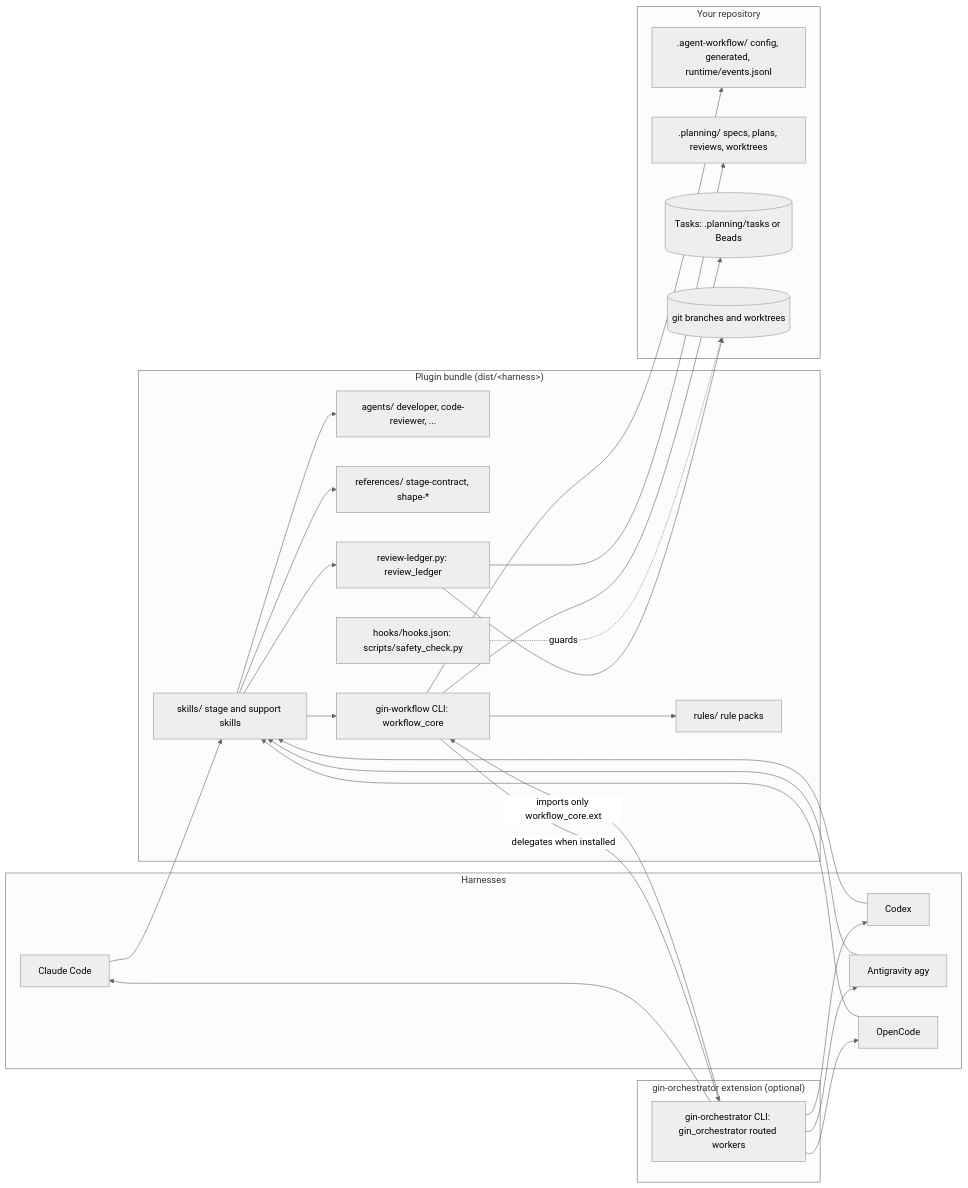
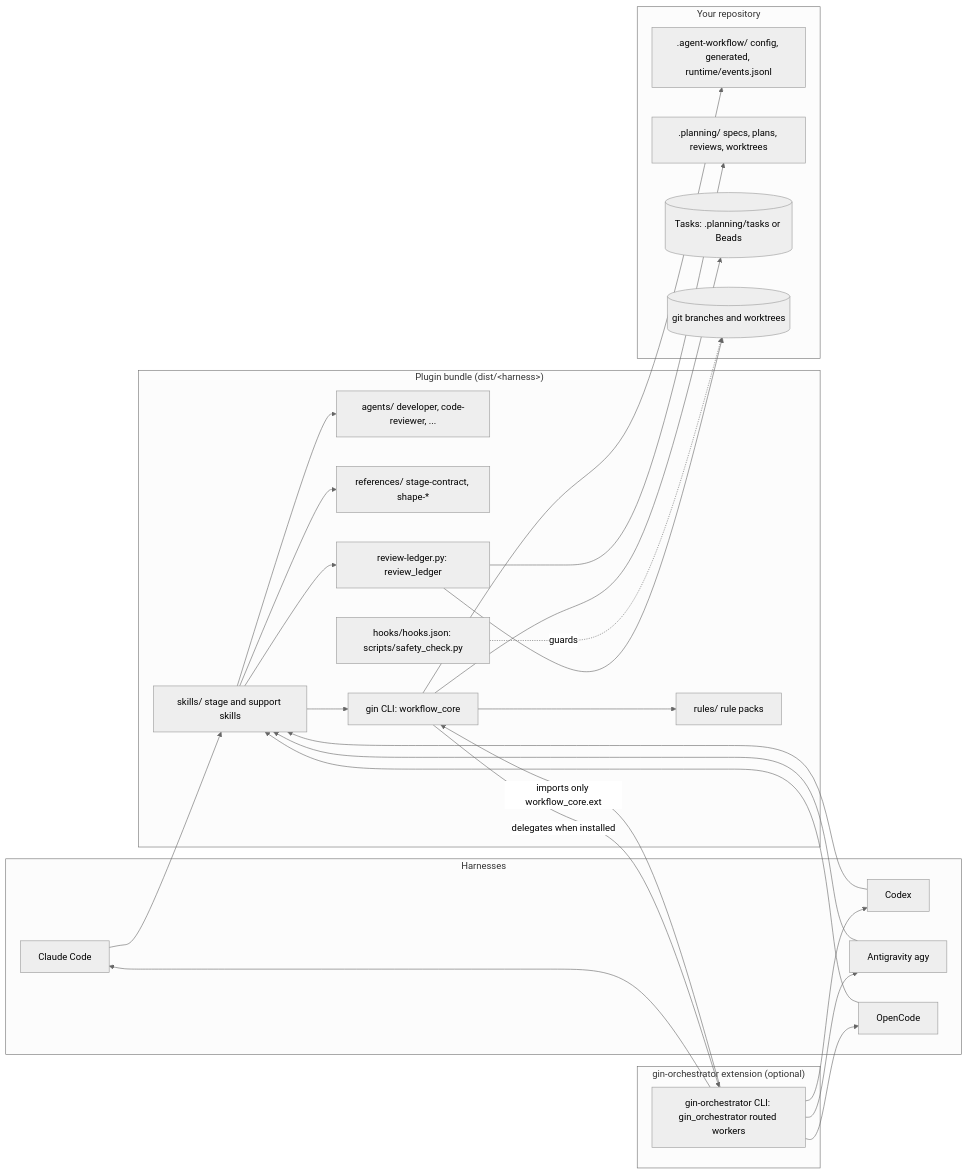
Before and after one commit to giangdhwhtbr/gin-workflow: the first of 6 diagrams in docs/concepts/architecture.md, drawn with Mermaid (neutral theme). The commit also changed other lines of this file and 42 other files, not shown here.

Commit message:
docs: gin CLI and gin: skill names everywhere, upgrade notes (gin-workflow-rename-gin)

````diff
--- a/docs/concepts/architecture.md
+++ b/docs/concepts/architecture.md
@@ -7,41 +7,41 @@
 ```mermaid
 flowchart LR
     subgraph Harnesses
         CC[Claude Code]
         CX[Codex]
         AG[Antigravity agy]
         OC[OpenCode]
     end
     subgraph Bundle["Plugin bundle (dist/&lt;harness&gt;)"]
         SK[skills/ stage and support skills]
         AGT[agents/ developer, code-reviewer, ...]
         REF[references/ stage-contract, shape-*]
         RUL[rules/ rule packs]
         HK[hooks/hooks.json: scripts/safety_check.py]
-        CLI[gin-workflow CLI: workflow_core]
+        CLI[gin CLI: workflow_core]
         RL[review-ledger.py: review_ledger]
     end
     subgraph EXT["gin-orchestrator extension (optional)"]
         ORC[gin-orchestrator CLI: gin_orchestrator routed workers]
     end
     subgraph Repo["Your repository"]
         CFG[.agent-workflow/ config, generated, runtime/events.jsonl]
         PLN[.planning/ specs, plans, reviews, worktrees]
         TK[(Tasks: .planning/tasks or Beads)]
         GIT[(git branches and worktrees)]
     end
     CC & CX & AG & OC --> SK
     SK --> AGT
     SK --> REF
     SK --> CLI
     SK --> RL
     CLI --> RUL
     CLI --> CFG
     CLI --> TK
     RL --> PLN
     RL --> GIT
     CLI -->|delegates when installed| ORC
     ORC -->|imports only workflow_core.ext| CLI
     ORC --> CC & CX & AG & OC
     HK -.guards.-> GIT
 ```
````
